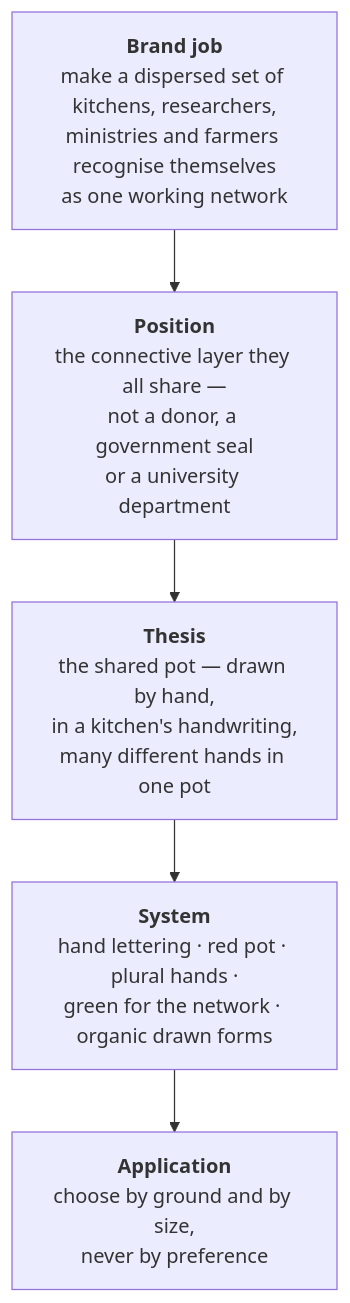
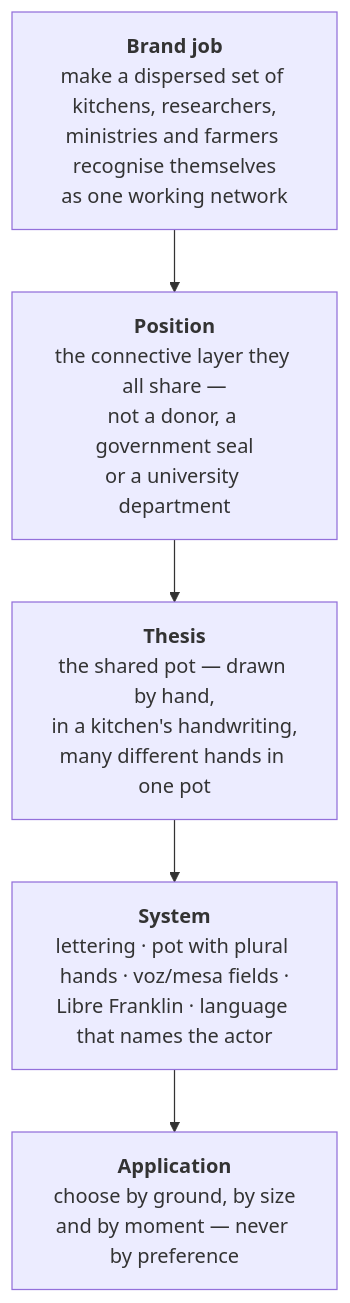
The diagram in brand/brand-book.md (TriangulosTecnologia/cozsolidarias), drawn with Mermaid before and after one commit. The commit also changed other lines of this file and 3 other files, not shown here.

````diff
--- a/brand/brand-book.md
+++ b/brand/brand-book.md
@@ -15,9 +17,9 @@
 ```mermaid
 flowchart TB
     J["<b>Brand job</b><br/>make a dispersed set of kitchens, researchers,<br/>ministries and farmers recognise themselves<br/>as one working network"]
     P["<b>Position</b><br/>the connective layer they all share —<br/>not a donor, a government seal<br/>or a university department"]
     T["<b>Thesis</b><br/>the shared pot — drawn by hand,<br/>in a kitchen's handwriting,<br/>many different hands in one pot"]
-    S["<b>System</b><br/>hand lettering · red pot · plural hands ·<br/>green for the network · organic drawn forms"]
-    A["<b>Application</b><br/>choose by ground and by size,<br/>never by preference"]
+    S["<b>System</b><br/>lettering · pot with plural hands · voz/mesa fields ·<br/>Libre Franklin · language that names the actor"]
+    A["<b>Application</b><br/>choose by ground, by size<br/>and by moment — never by preference"]
     J --> P --> T --> S --> A
 ```
````
